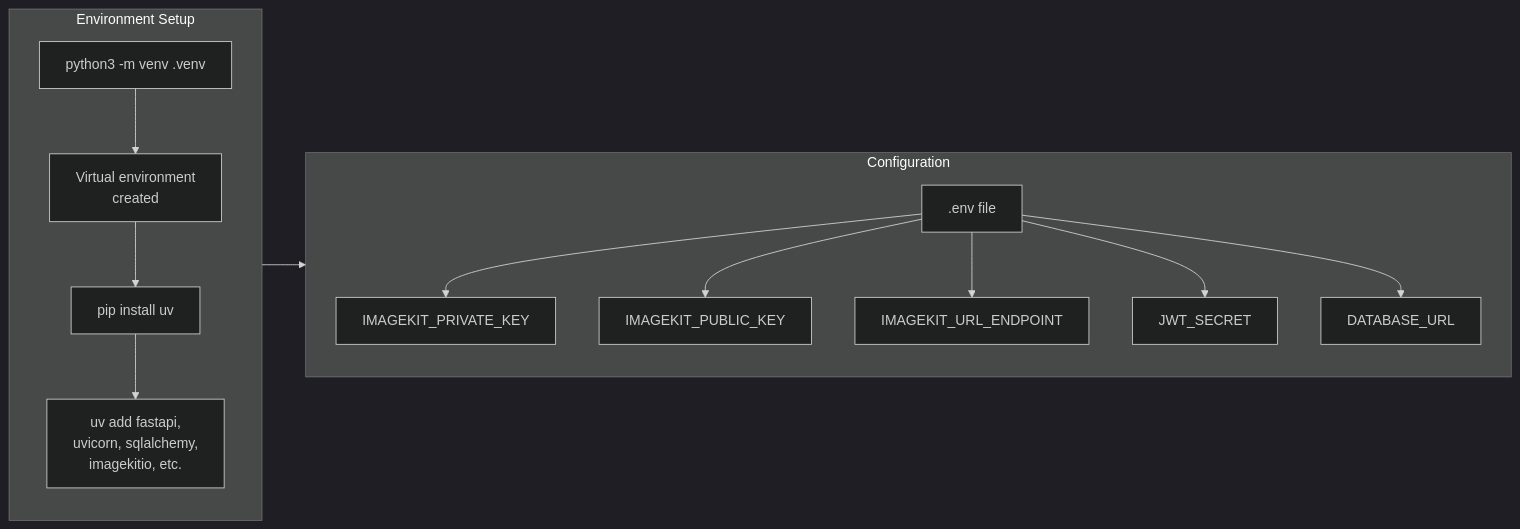
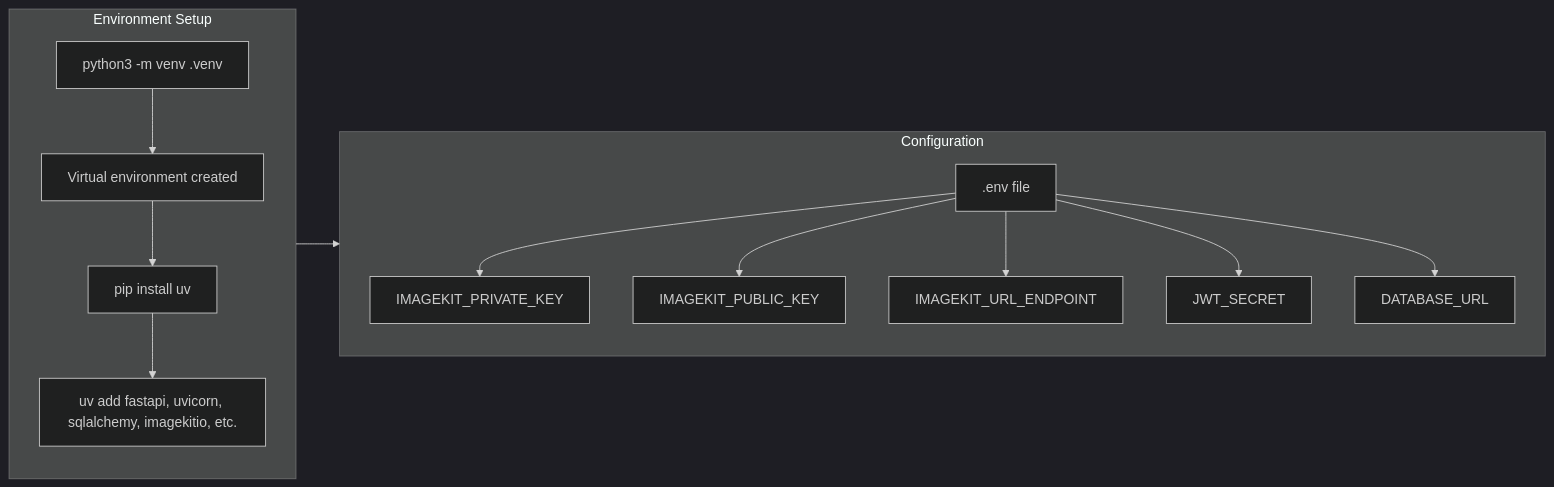
The sixth of 18 diagrams in README.md (kintsugi-programmer/kintsugi-stack-fastapi), drawn with Mermaid (dark theme) before and after one commit. The commit also changed other lines of this file and 1 other file, not shown here.

Commit message:
fix: remove br tags from mermaid diagrams for v11 compatibility

````diff
--- a/README.md
+++ b/README.md
@@ -241,18 +241,18 @@
 ```mermaid
 flowchart LR
     subgraph Setup[Environment Setup]
-        A[python3 -m venv .venv] --> B[Virtual environment<br/>created]
+        A[python3 -m venv .venv] --> B[Virtual environment created]
         B --> C[pip install uv]
-        C --> D[uv add fastapi,<br/>uvicorn, sqlalchemy,<br/>imagekitio, etc.]
+        C --> D[uv add fastapi, uvicorn, sqlalchemy, imagekitio, etc.]
     end
 
     subgraph Env[Configuration]
         E[.env file] --> F[IMAGEKIT_PRIVATE_KEY]
         E --> G[IMAGEKIT_PUBLIC_KEY]
         E --> H[IMAGEKIT_URL_ENDPOINT]
         E --> I[JWT_SECRET]
         E --> J[DATABASE_URL]
     end
 
     Setup --> Env
 ```
````
